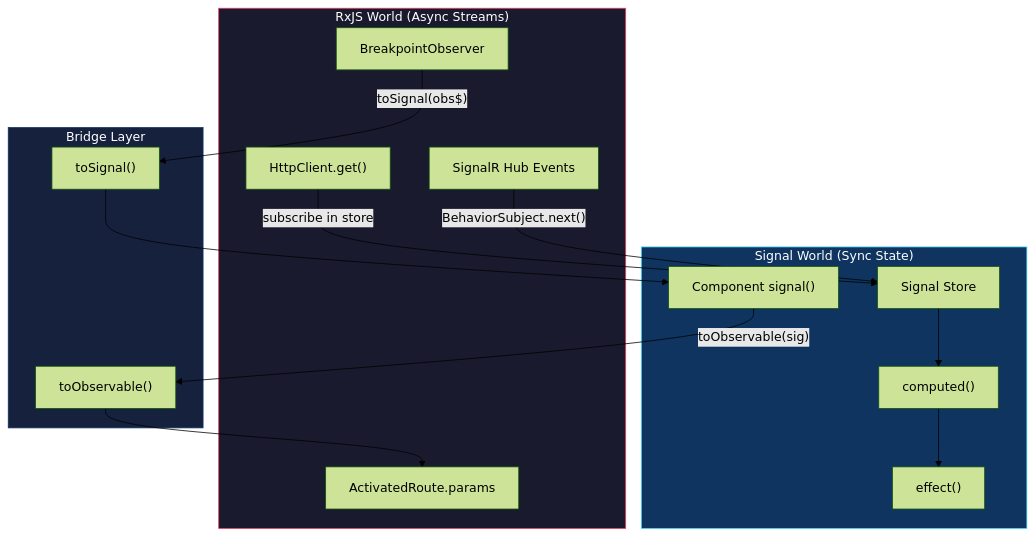
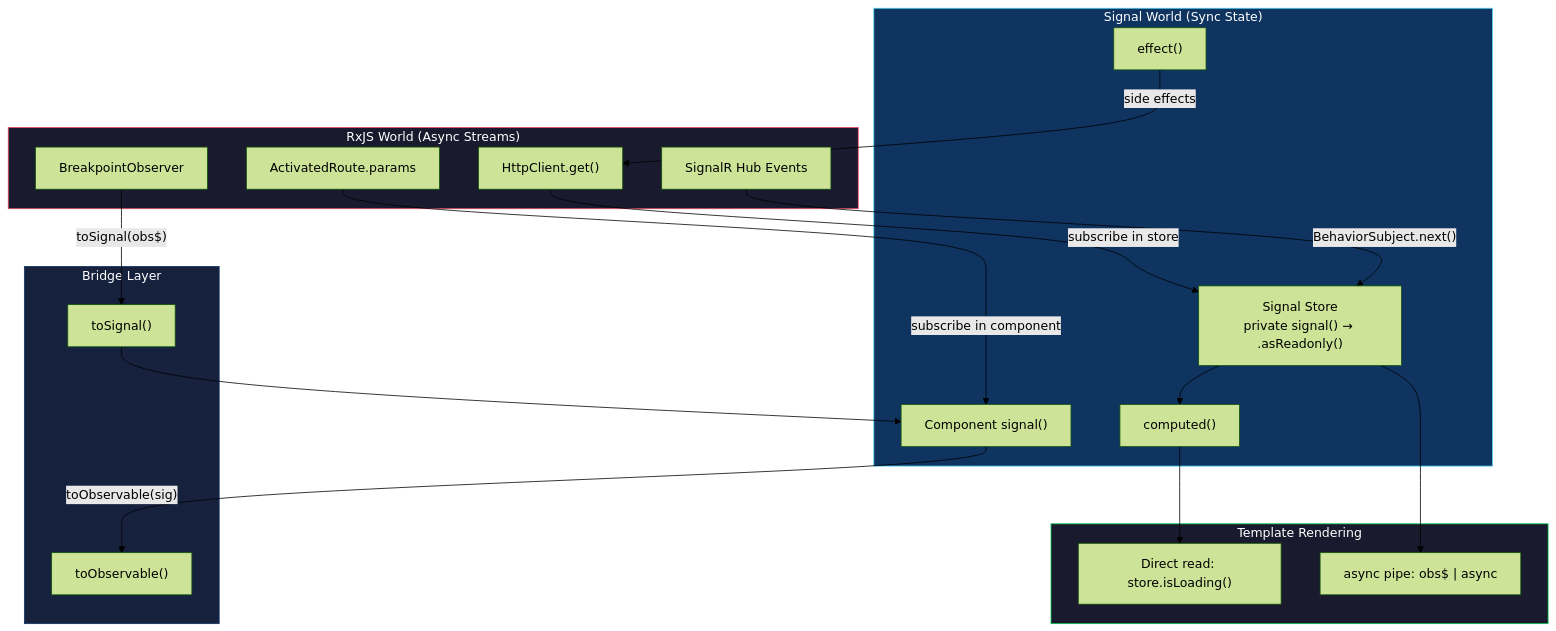
One commit to RaidenC/tai changed the diagram in conductor/knowledge-base/reference/rxjs-signals.md. Above: the diagram before and after it, drawn with Mermaid (forest theme). The commit also changed other lines of this file and 39 other files, not shown here.

Commit message:
docs: restructure knowledge base, add design pattern mindmaps and expand dsa concepts

````diff
--- a/conductor/knowledge-base/reference/rxjs-signals.md
+++ b/conductor/knowledge-base/reference/rxjs-signals.md
@@ -103,32 +704,41 @@
 ```mermaid
 flowchart TB
     subgraph RxJS["RxJS World (Async Streams)"]
         HTTP["HttpClient.get()"]
         WS["SignalR Hub Events"]
         Route["ActivatedRoute.params"]
         BP["BreakpointObserver"]
     end
 
     subgraph Bridge["Bridge Layer"]
         toSig["toSignal()"]
         toObs["toObservable()"]
     end
 
     subgraph Signals["Signal World (Sync State)"]
-        Store["Signal Store"]
+        Store["Signal Store<br/>private signal() → .asReadonly()"]
         Comp["Component signal()"]
         Derived["computed()"]
         FX["effect()"]
     end
 
+    subgraph Template["Template Rendering"]
+        Direct["Direct read: store.isLoading()"]
+        Async["async pipe: obs$ | async"]
+    end
+
     HTTP -->|"subscribe in store"| Store
     WS -->|"BehaviorSubject.next()"| Store
     BP -->|"toSignal(obs$)"| toSig --> Comp
+    Route -->|"subscribe in component"| Comp
     Store --> Derived
-    Derived --> FX
-    Comp -->|"toObservable(sig)"| toObs --> Route
+    Derived --> Direct
+    Comp -->|"toObservable(sig)"| toObs
+    FX -->|"side effects"| HTTP
+    Store --> Async
 
     style RxJS fill:#1a1a2e,stroke:#e94560,color:#fff
     style Bridge fill:#16213e,stroke:#0f3460,color:#fff
     style Signals fill:#0f3460,stroke:#53d8fb,color:#fff
+    style Template fill:#1a1a2e,stroke:#00C851,color:#fff
 ```
````
